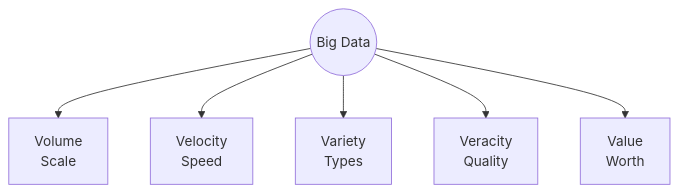
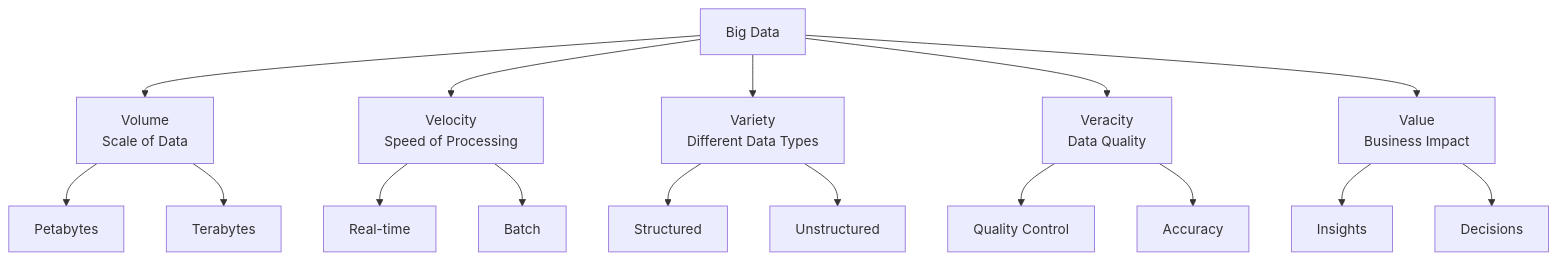
The diagram in mermaid/marp/courses/apache-spark-with-scala/01_introduction_to_spark.md/0.mmd (veltzer/teaching-slides), drawn with Mermaid before and after one commit. The commit also changed 27 other files, not shown here.

```diff
--- a/mermaid/marp/courses/apache-spark-with-scala/01_introduction_to_spark.md/0.mmd
+++ b/mermaid/marp/courses/apache-spark-with-scala/01_introduction_to_spark.md/0.mmd
@@ -1,6 +1,21 @@
-graph TB
-    Big_Data((Big Data)) --> Volume[Volume<br/>Scale]
-    Big_Data --> Velocity[Velocity<br/>Speed]
-    Big_Data --> Variety[Variety<br/>Types]
-    Big_Data --> Veracity[Veracity<br/>Quality]
-    Big_Data --> Value[Value<br/>Worth]
+graph TD
+    BigData[Big Data] --> Volume[Volume<br/>Scale of Data]
+    BigData --> Velocity[Velocity<br/>Speed of Processing]
+    BigData --> Variety[Variety<br/>Different Data Types]
+    BigData --> Veracity[Veracity<br/>Data Quality]
+    BigData --> Value[Value<br/>Business Impact]
+    
+    Volume --> PB[Petabytes]
+    Volume --> TB[Terabytes]
+    
+    Velocity --> RT[Real-time]
+    Velocity --> Batch[Batch]
+    
+    Variety --> Structured[Structured]
+    Variety --> Unstructured[Unstructured]
+    
+    Veracity --> Quality[Quality Control]
+    Veracity --> Accuracy[Accuracy]
+    
+    Value --> Insights[Insights]
+    Value --> Decisions[Decisions]
```
